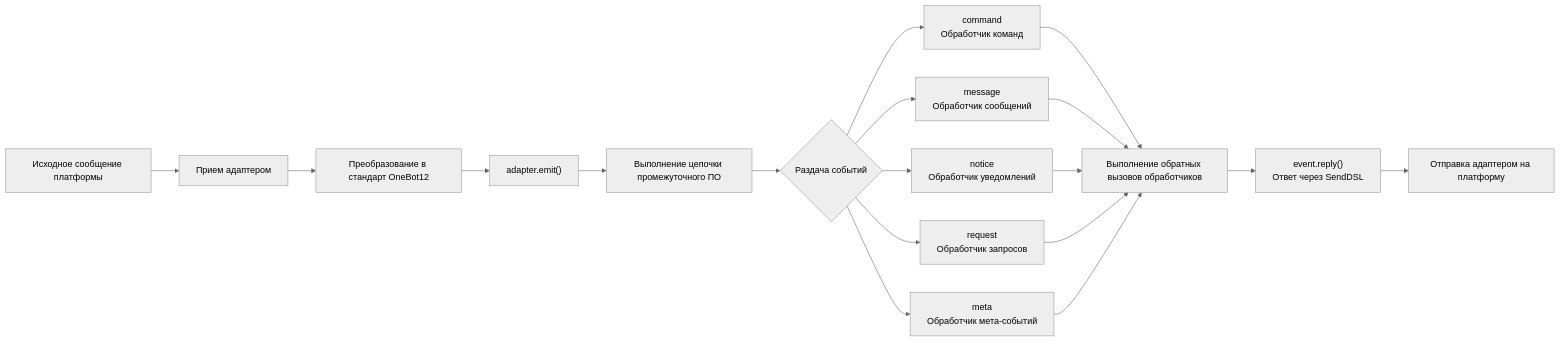
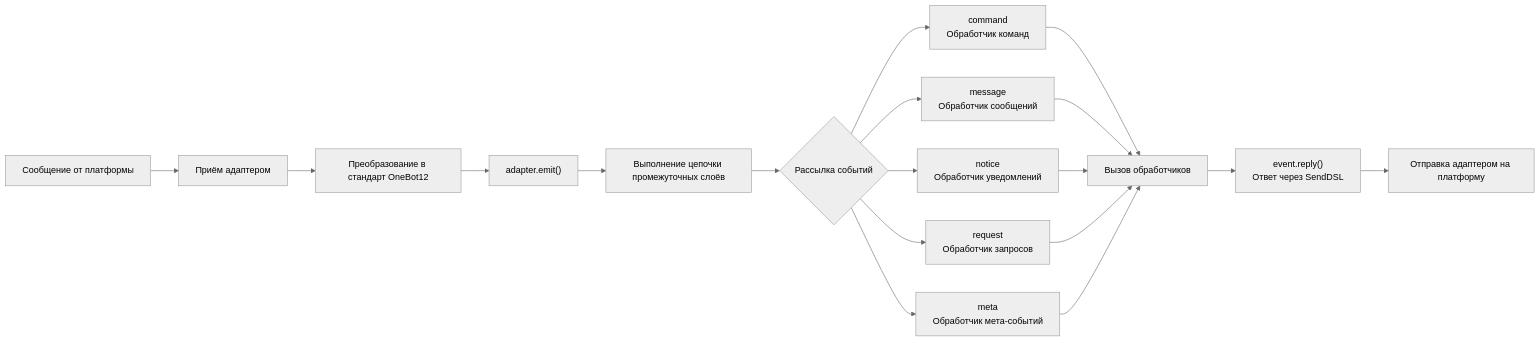
The third of 10 diagrams in docs/ru/architecture.md (ErisPulse/ErisPulse), drawn with Mermaid (neutral theme) before and after one commit. The commit also changed other lines of this file and 828 other files, not shown here.

````diff
--- a/docs/ru/architecture.md
+++ b/docs/ru/architecture.md
@@ -87,16 +91,16 @@
 ```mermaid
 flowchart LR
-    A["Исходное сообщение платформы"] --> B["Прием адаптером"]
+    A["Сообщение от платформы"] --> B["Приём адаптером"]
     B --> C["Преобразование в стандарт OneBot12"]
     C --> D["adapter.emit()"]
-    D --> E["Выполнение цепочки промежуточного ПО"]
-    E --> F{"Раздача событий"}
+    D --> E["Выполнение цепочки промежуточных слоёв"]
+    E --> F{"Рассылка событий"}
     F --> G1["command<br/>Обработчик команд"]
     F --> G2["message<br/>Обработчик сообщений"]
     F --> G3["notice<br/>Обработчик уведомлений"]
     F --> G4["request<br/>Обработчик запросов"]
     F --> G5["meta<br/>Обработчик мета-событий"]
-    G1 & G2 & G3 & G4 & G5 --> H["Выполнение обратных вызовов обработчиков"]
+    G1 & G2 & G3 & G4 & G5 --> H["Вызов обработчиков"]
     H --> I["event.reply()<br/>Ответ через SendDSL"]
     I --> J["Отправка адаптером на платформу"]
 ```
````
